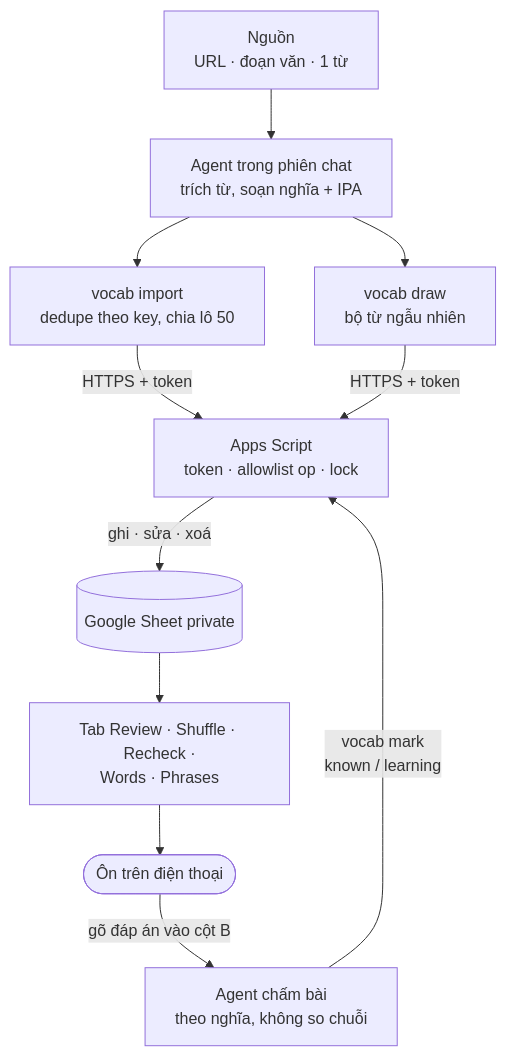
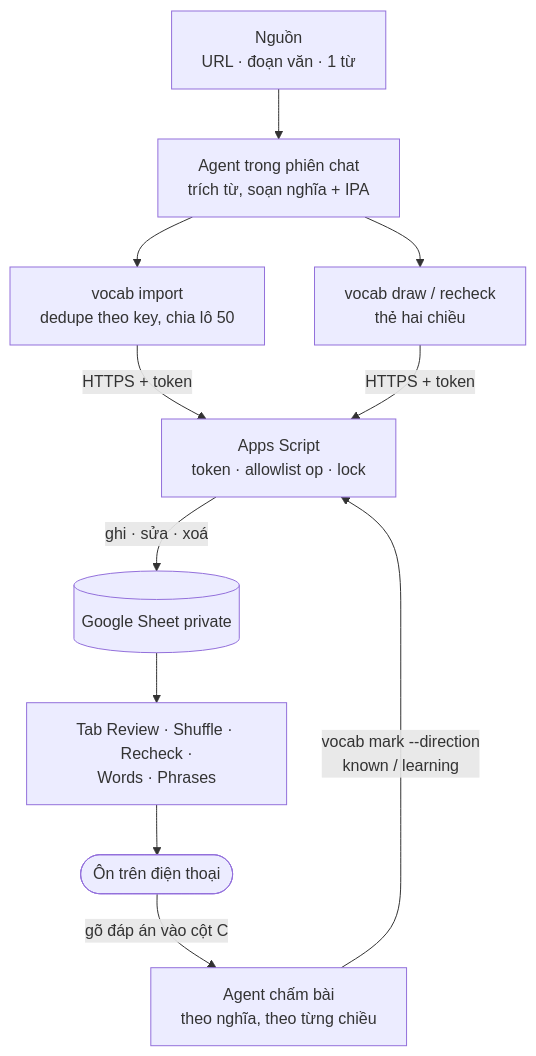
Before and after one commit to nkvuphuong/vocab-cli: the diagram in README.md, drawn with Mermaid. The commit also changed other lines of this file and 11 other files, not shown here.

````diff
--- a/README.md
+++ b/README.md
@@ -27,13 +27,13 @@
 ```mermaid
 flowchart TD
     src["Nguồn<br/>URL · đoạn văn · 1 từ"] --> agent["Agent trong phiên chat<br/>trích từ, soạn nghĩa + IPA"]
     agent --> cli["vocab import<br/>dedupe theo key, chia lô 50"]
-    agent --> draw["vocab draw<br/>bộ từ ngẫu nhiên"]
+    agent --> draw["vocab draw / recheck<br/>thẻ hai chiều"]
     cli -->|"HTTPS + token"| gas["Apps Script<br/>token · allowlist op · lock"]
     draw -->|"HTTPS + token"| gas
     gas -->|"ghi · sửa · xoá"| sheet[("Google Sheet private")]
     sheet --> tabs["Tab Review · Shuffle · Recheck ·<br/>Words · Phrases"]
     tabs --> you(["Ôn trên điện thoại"])
-    you -->|"gõ đáp án vào cột B"| grade["Agent chấm bài<br/>theo nghĩa, không so chuỗi"]
-    grade -->|"vocab mark<br/>known / learning"| gas
+    you -->|"gõ đáp án vào cột C"| grade["Agent chấm bài<br/>theo nghĩa, theo từng chiều"]
+    grade -->|"vocab mark --direction<br/>known / learning"| gas
 ```
````
